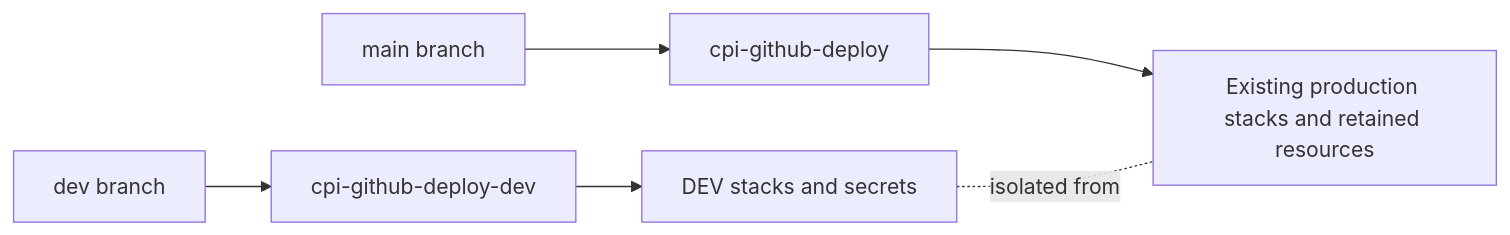
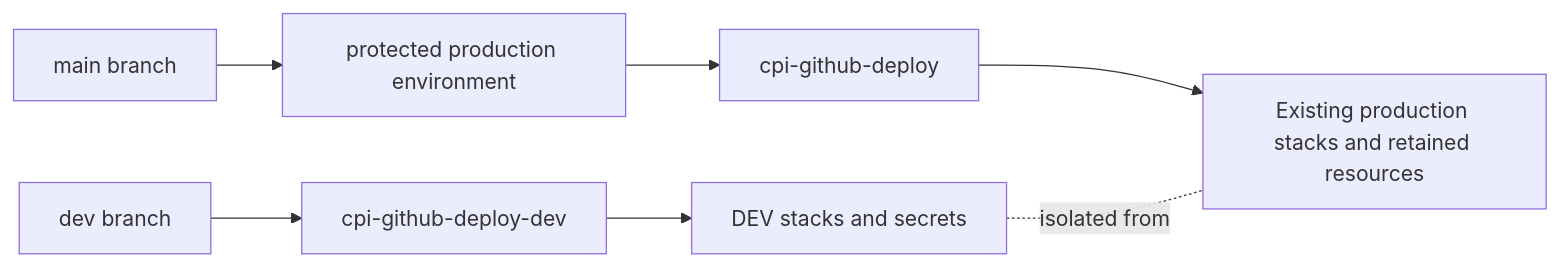
One commit to Shaobangzhu/chaoran-property-intelligence changed the third of 6 diagrams in docs/testing/test-framework.md. Above: the diagram before and after it, drawn with Mermaid. The commit also changed other lines of this file and 13 other files, not shown here.

Commit message:
feat(delivery): protect production deployment environment

````diff
--- a/docs/testing/test-framework.md
+++ b/docs/testing/test-framework.md
@@ -391,8 +391,9 @@
 ```mermaid
 flowchart LR
     DevBranch[dev branch] --> DevRole[cpi-github-deploy-dev]
-    MainBranch[main branch] --> ProdRole[cpi-github-deploy]
+    MainBranch[main branch] --> ProdEnvironment[protected production environment]
+    ProdEnvironment --> ProdRole[cpi-github-deploy]
     DevRole --> DevStacks[DEV stacks and secrets]
     ProdRole --> ProdStacks[Existing production stacks and retained resources]
     DevStacks -. isolated from .- ProdStacks
 ```
````
